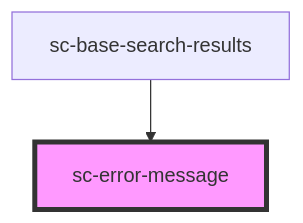
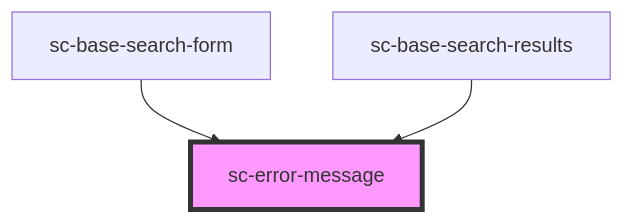
Before and after one commit to searchcraft-inc/searchcraft-javascript-sdks: the diagram in packages/searchcraft-web-components/src/components/sc-error-message/readme.md, drawn with Mermaid. The commit also changed other lines of this file and 18 other files, not shown here.

Commit message:
Integrate web components into base search form

````diff
--- a/packages/searchcraft-web-components/src/components/sc-error-message/readme.md
+++ b/packages/searchcraft-web-components/src/components/sc-error-message/readme.md
@@ -23,5 +24,6 @@
 ```mermaid
 graph TD;
+  sc-base-search-form --> sc-error-message
   sc-base-search-results --> sc-error-message
   style sc-error-message fill:#f9f,stroke:#333,stroke-width:4px
 ```
````
